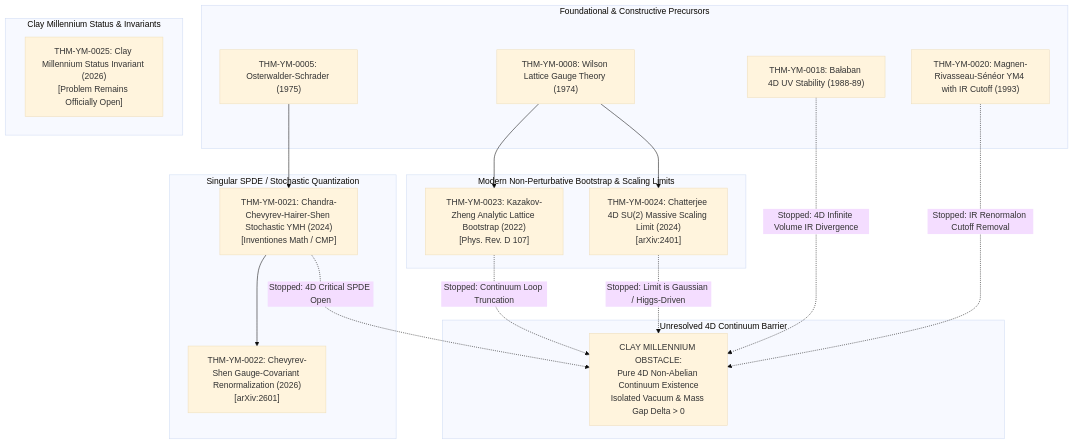
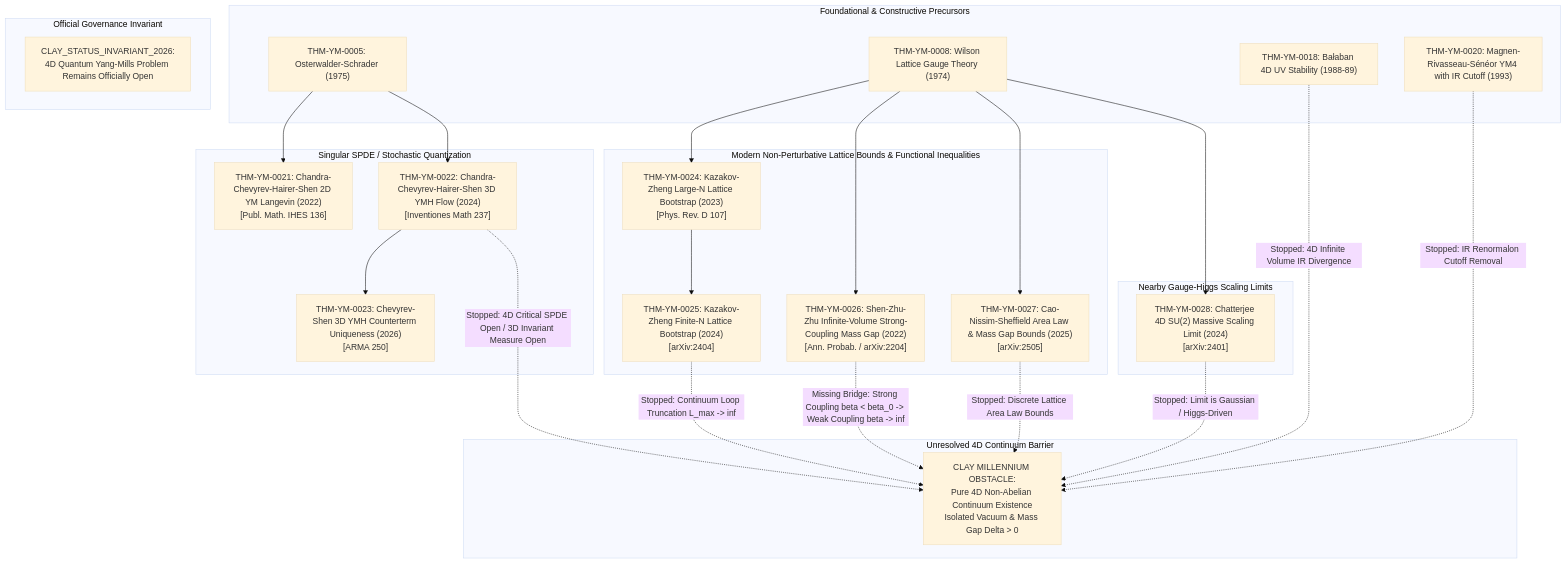
The diagram in literature/MODERN_DEPENDENCY_GRAPH.md (Qamarbajwa/yang-mills-lean4), drawn with Mermaid (base theme) before and after one commit. The commit also changed other lines of this file and 25 other files, not shown here.

````diff
--- a/literature/MODERN_DEPENDENCY_GRAPH.md
+++ b/literature/MODERN_DEPENDENCY_GRAPH.md
@@ -5,39 +5,52 @@
 ```mermaid
 flowchart TD
     subgraph Foundational & Constructive Precursors
         OS_75["THM-YM-0005: Osterwalder-Schrader (1975)"]
         WIL_74["THM-YM-0008: Wilson Lattice Gauge Theory (1974)"]
         BAL_89["THM-YM-0018: Bałaban 4D UV Stability (1988-89)"]
         MRS_93["THM-YM-0020: Magnen-Rivasseau-Sénéor YM4 with IR Cutoff (1993)"]
     end
 
     subgraph Singular SPDE / Stochastic Quantization
-        CCHS_24["THM-YM-0021: Chandra-Chevyrev-Hairer-Shen Stochastic YMH (2024)<br/>[Inventiones Math / CMP]"]
-        CS_26["THM-YM-0022: Chevyrev-Shen Gauge-Covariant Renormalization (2026)<br/>[arXiv:2601]"]
+        CCHS_22["THM-YM-0021: Chandra-Chevyrev-Hairer-Shen 2D YM Langevin (2022)<br/>[Publ. Math. IHES 136]"]
+        CCHS_24["THM-YM-0022: Chandra-Chevyrev-Hairer-Shen 3D YMH Flow (2024)<br/>[Inventiones Math 237]"]
+        CS_26["THM-YM-0023: Chevyrev-Shen 3D YMH Counterterm Uniqueness (2026)<br/>[ARMA 250]"]
 
+        OS_75 --> CCHS_22
         OS_75 --> CCHS_24
         CCHS_24 --> CS_26
     end
 
-    subgraph Modern Non-Perturbative Bootstrap & Scaling Limits
-        KZ_22["THM-YM-0023: Kazakov-Zheng Analytic Lattice Bootstrap (2022)<br/>[Phys. Rev. D 107]"]
-        CHAT_24["THM-YM-0024: Chatterjee 4D SU(2) Massive Scaling Limit (2024)<br/>[arXiv:2401]"]
+    subgraph Modern Non-Perturbative Lattice Bounds & Functional Inequalities
+        KZ_23["THM-YM-0024: Kazakov-Zheng Large-N Lattice Bootstrap (2023)<br/>[Phys. Rev. D 107]"]
+        KZ_24["THM-YM-0025: Kazakov-Zheng Finite-N Lattice Bootstrap (2024)<br/>[arXiv:2404]"]
+        SZZ_22["THM-YM-0026: Shen-Zhu-Zhu Infinite-Volume Strong-Coupling Mass Gap (2022)<br/>[Ann. Probab. / arXiv:2204]"]
+        CNS_25["THM-YM-0027: Cao-Nissim-Sheffield Area Law & Mass Gap Bounds (2025)<br/>[arXiv:2505]"]
 
-        WIL_74 --> KZ_22
+        WIL_74 --> KZ_23
+        KZ_23 --> KZ_24
+        WIL_74 --> SZZ_22
+        WIL_74 --> CNS_25
+    end
+
+    subgraph Nearby Gauge-Higgs Scaling Limits
+        CHAT_24["THM-YM-0028: Chatterjee 4D SU(2) Massive Scaling Limit (2024)<br/>[arXiv:2401]"]
         WIL_74 --> CHAT_24
     end
 
-    subgraph Clay Millennium Status & Invariants
-        CLAY_INV["THM-YM-0025: Clay Millennium Status Invariant (2026)<br/>[Problem Remains Officially Open]"]
+    subgraph Official Governance Invariant
+        CLAY_INV["CLAY_STATUS_INVARIANT_2026:<br/>4D Quantum Yang-Mills Problem Remains Officially Open"]
     end
 
     subgraph Unresolved 4D Continuum Barrier
         CLAY_BARRIER["CLAY MILLENNIUM OBSTACLE:<br/>Pure 4D Non-Abelian Continuum Existence<br/>Isolated Vacuum & Mass Gap Delta > 0"]
 
-        CCHS_24 -.->|Stopped: 4D Critical SPDE Open| CLAY_BARRIER
-        KZ_22 -.->|Stopped: Continuum Loop Truncation| CLAY_BARRIER
+        CCHS_24 -.->|Stopped: 4D Critical SPDE Open / 3D Invariant Measure Open| CLAY_BARRIER
+        KZ_24 -.->|Stopped: Continuum Loop Truncation L_max -> inf| CLAY_BARRIER
+        SZZ_22 -.->|Missing Bridge: Strong Coupling beta < beta_0 -> Weak Coupling beta -> inf| CLAY_BARRIER
+        CNS_25 -.->|Stopped: Discrete Lattice Area Law Bounds| CLAY_BARRIER
         CHAT_24 -.->|Stopped: Limit is Gaussian / Higgs-Driven| CLAY_BARRIER
         BAL_89 -.->|Stopped: 4D Infinite Volume IR Divergence| CLAY_BARRIER
         MRS_93 -.->|Stopped: IR Renormalon Cutoff Removal| CLAY_BARRIER
     end
 ```
````
